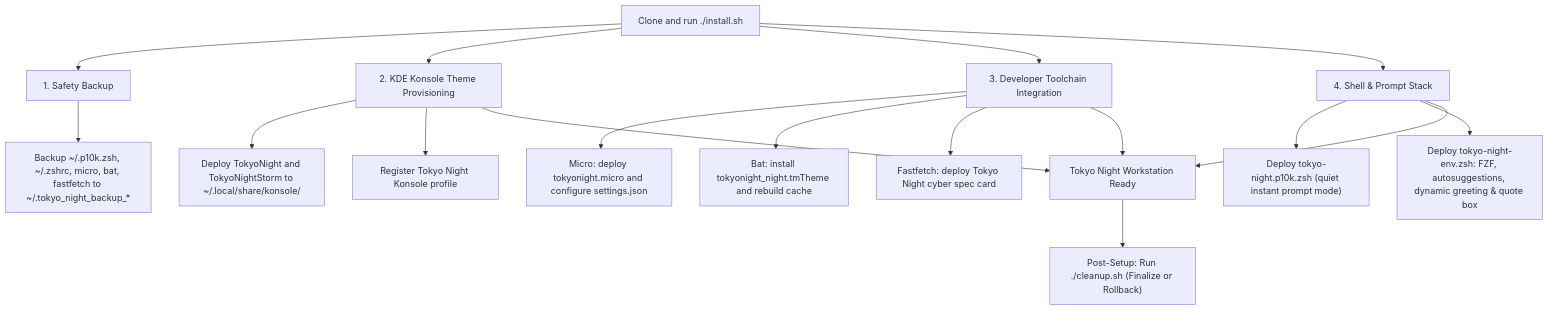
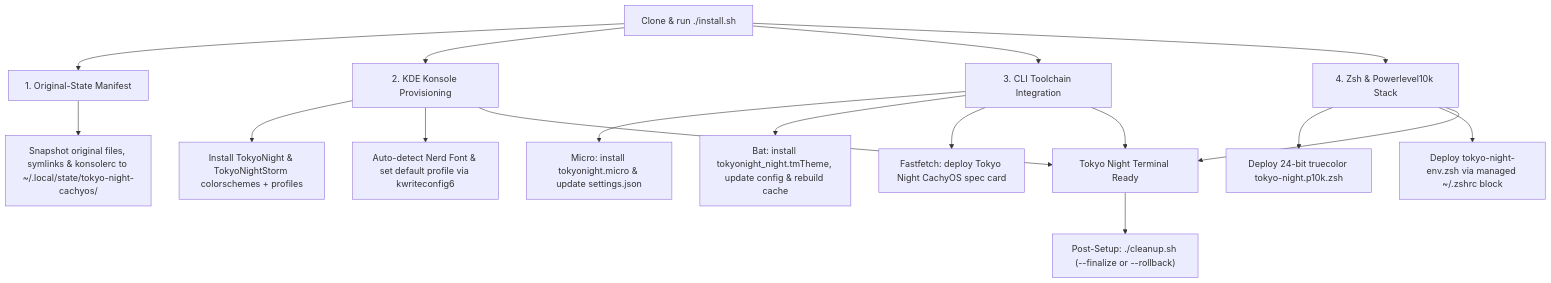
One commit to ht2905/tokyo-night-cachyos changed the diagram in README.md. Above: the diagram before and after it, drawn with Mermaid. The commit also changed other lines of this file and 12 other files, not shown here.

Commit message:
refactor: move theme assets into themes/ and upgrade to truecolor

````diff
--- a/README.md
+++ b/README.md
@@ -11,22 +11,21 @@
 ```mermaid
 flowchart TD
-    A["Clone and run ./install.sh"] --> B["1. Safety Backup"]
-    B --> B1["Backup ~/.p10k.zsh, ~/.zshrc, micro, bat, fastfetch to ~/.tokyo_night_backup_*"]
+    A["Clone & run ./install.sh"] --> B["1. Original-State Manifest"]
+    B --> B1["Snapshot original files, symlinks & konsolerc to ~/.local/state/tokyo-night-cachyos/"]
 
-    A --> C["2. KDE Konsole Theme Provisioning"]
-    C --> C1["Deploy TokyoNight and TokyoNightStorm to ~/.local/share/konsole/"]
-    C --> C2["Register Tokyo Night Konsole profile"]
+    A --> C["2. KDE Konsole Provisioning"]
+    C --> C1["Install TokyoNight & TokyoNightStorm colorschemes + profiles"]
+    C --> C2["Auto-detect Nerd Font & set default profile via kwriteconfig6"]
 
-    A --> D["3. Developer Toolchain Integration"]
-    D --> D1["Micro: deploy tokyonight.micro and configure settings.json"]
-    D --> D2["Bat: install tokyonight_night.tmTheme and rebuild cache"]
-    D --> D3["Fastfetch: deploy Tokyo Night cyber spec card"]
+    A --> D["3. CLI Toolchain Integration"]
+    D --> D1["Micro: install tokyonight.micro & update settings.json"]
+    D --> D2["Bat: install tokyonight_night.tmTheme, update config & rebuild cache"]
+    D --> D3["Fastfetch: deploy Tokyo Night CachyOS spec card"]
 
-    A --> E["4. Shell & Prompt Stack"]
-    E --> E1["Deploy tokyo-night.p10k.zsh (quiet instant prompt mode)"]
-    E --> E2["Deploy tokyo-night-env.zsh: FZF, autosuggestions, dynamic greeting & quote box"]
+    A --> E["4. Zsh & Powerlevel10k Stack"]
+    E --> E1["Deploy 24-bit truecolor tokyo-night.p10k.zsh"]
+    E --> E2["Deploy tokyo-night-env.zsh via managed ~/.zshrc block"]
 
-    C & D & E --> F["Tokyo Night Workstation Ready"]
-
-    F --> G["Post-Setup: Run ./cleanup.sh (Finalize or Rollback)"]
+    C & D & E --> F["Tokyo Night Terminal Ready"]
+    F --> G["Post-Setup: ./cleanup.sh (--finalize or --rollback)"]
 ```
````
